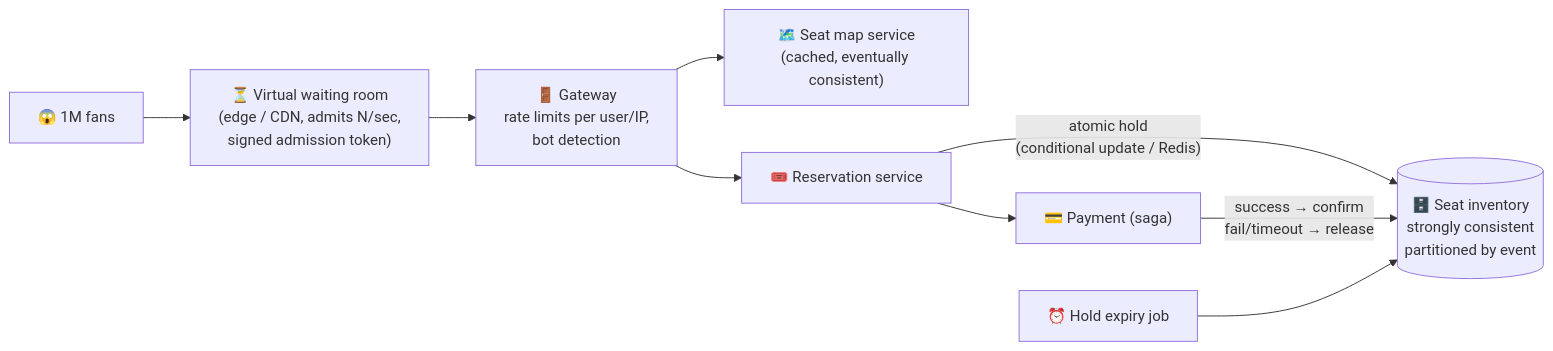
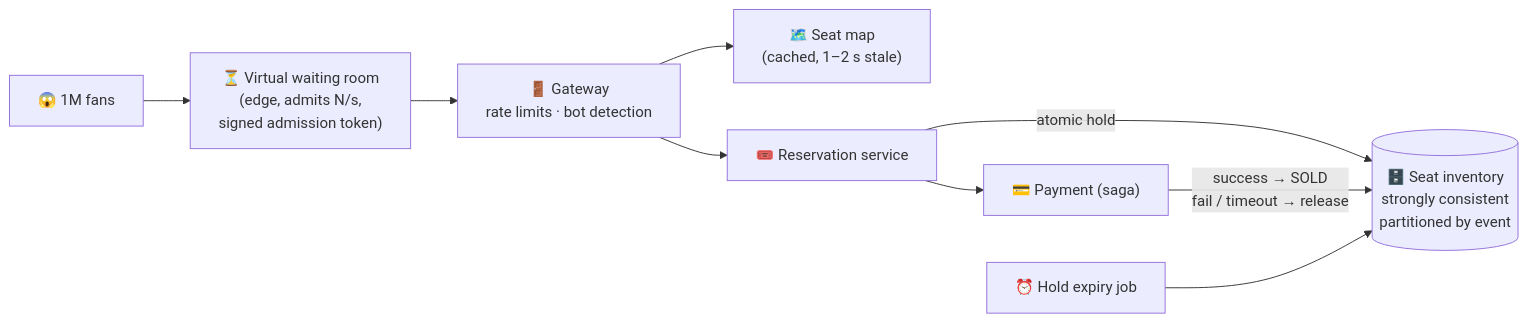
The diagram in phases/11-advanced-designs/098-design-ticket-booking.md (winnyboy5/System-Design-from-Atoms), drawn with Mermaid before and after one commit. The commit also changed other lines of this file and 15 other files, not shown here.

````diff
--- a/phases/11-advanced-designs/098-design-ticket-booking.md
+++ b/phases/11-advanced-designs/098-design-ticket-booking.md
@@ -30,11 +38,11 @@
 ```mermaid
 flowchart LR
-    U["😱 1M fans"] --> WR["⏳ Virtual waiting room<br/>(edge / CDN, admits N/sec,<br/>signed admission token)"]
-    WR --> GW["🚪 Gateway<br/>rate limits per user/IP,<br/>bot detection"]
-    GW --> SM["🗺️ Seat map service<br/>(cached, eventually consistent)"]
+    U["😱 1M fans"] --> WR["⏳ Virtual waiting room<br/>(edge, admits N/s,<br/>signed admission token)"]
+    WR --> GW["🚪 Gateway<br/>rate limits · bot detection"]
+    GW --> SM["🗺️ Seat map<br/>(cached, 1–2 s stale)"]
     GW --> RS["🎟️ Reservation service"]
-    RS -->|"atomic hold<br/>(conditional update / Redis)"| INV[("🗄️ Seat inventory<br/>strongly consistent<br/>partitioned by event")]
+    RS -->|"atomic hold"| INV[("🗄️ Seat inventory<br/>strongly consistent<br/>partitioned by event")]
     RS --> PAY["💳 Payment (saga)"]
-    PAY -->|"success → confirm<br/>fail/timeout → release"| INV
+    PAY -->|"success → SOLD<br/>fail / timeout → release"| INV
     EXP["⏰ Hold expiry job"] --> INV
 ```
````
